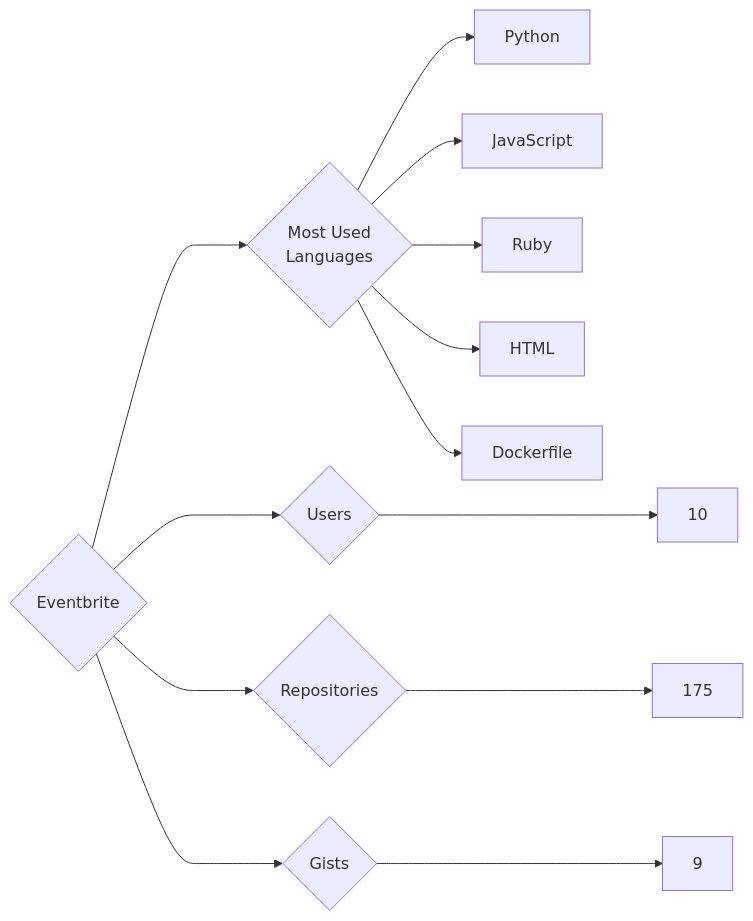
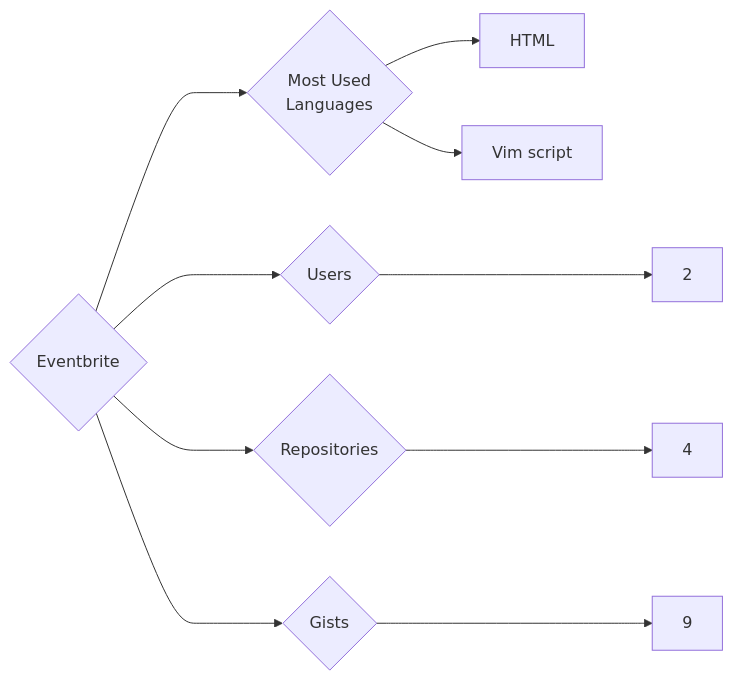
Before and after one commit to trickest/insiders: the diagram in targets/Eventbrite/README.md, drawn with Mermaid. The commit also changed 932 other files, not shown here.

````diff
--- a/targets/Eventbrite/README.md
+++ b/targets/Eventbrite/README.md
@@ -3,13 +3,10 @@
 ```mermaid
 graph LR
 COMPANY_NAME{Eventbrite}
-COMPANY_NAME ---> U{Users} ---> UN[10]
-COMPANY_NAME ---> R{Repositories} ---> RN[175]
+COMPANY_NAME ---> U{Users} ---> UN[2]
+COMPANY_NAME ---> R{Repositories} ---> RN[4]
 COMPANY_NAME ---> G{Gists} ---> GN[9]
 COMPANY_NAME ---> ML{Most Used<br>Languages}
-ML --> Python[Python]
-ML --> JavaScript[JavaScript]
-ML --> Ruby[Ruby]
 ML --> HTML[HTML]
-ML --> Dockerfile[Dockerfile]
+ML --> Vim_script[Vim script]
 ```
````
